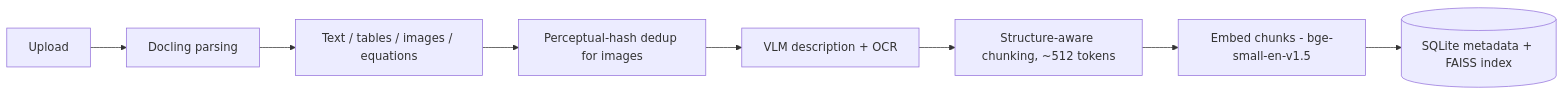
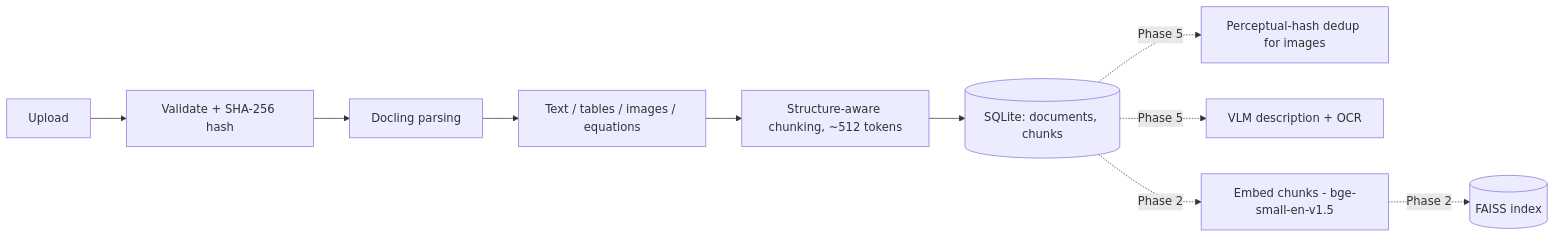
One commit to Vishwath-Narayana/multimodal-study-assistant changed the second of 7 diagrams in docs/architecture/system-architecture.md. Above: the diagram before and after it, drawn with Mermaid. The commit also changed other lines of this file and 7 other files, not shown here.

First line of the commit message:
docs: document Phase 1 ingestion architecture

````diff
--- a/docs/architecture/system-architecture.md
+++ b/docs/architecture/system-architecture.md
@@ -39,10 +45,12 @@
 ```mermaid
 flowchart LR
-    Upload --> Parse[Docling parsing]
+    Upload --> Validate[Validate + SHA-256 hash]
+    Validate --> Parse[Docling parsing]
     Parse --> Extract[Text / tables / images / equations]
-    Extract --> Dedup[Perceptual-hash dedup for images]
-    Dedup --> Visual[VLM description + OCR]
-    Visual --> Chunk[Structure-aware chunking, ~512 tokens]
-    Chunk --> Embed[Embed chunks - bge-small-en-v1.5]
-    Embed --> Store[(SQLite metadata + FAISS index)]
+    Extract --> Chunk[Structure-aware chunking, ~512 tokens]
+    Chunk --> Store[(SQLite: documents, chunks)]
+    Store -.Phase 5.-> Dedup[Perceptual-hash dedup for images]
+    Store -.Phase 5.-> Visual[VLM description + OCR]
+    Store -.Phase 2.-> Embed[Embed chunks - bge-small-en-v1.5]
+    Embed -.Phase 2.-> Index[(FAISS index)]
 ```
````
